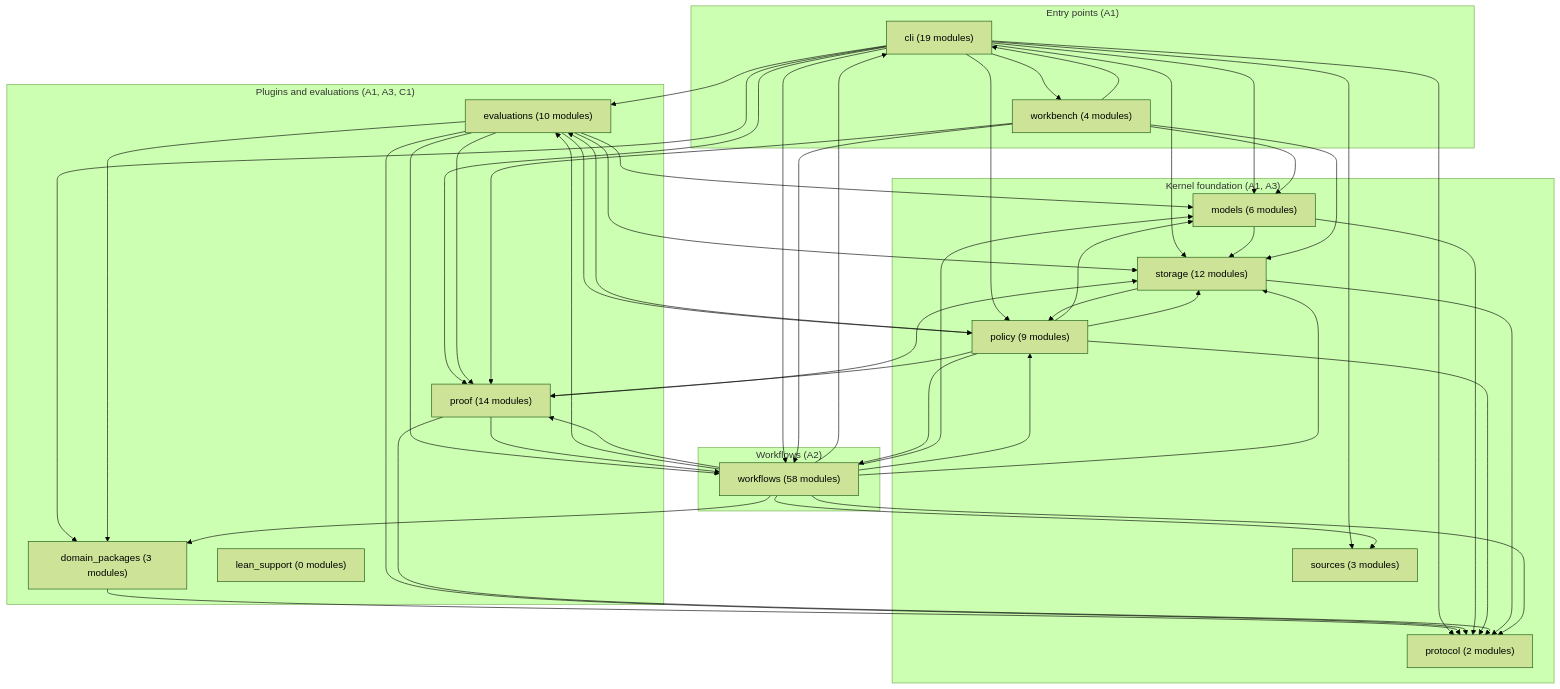
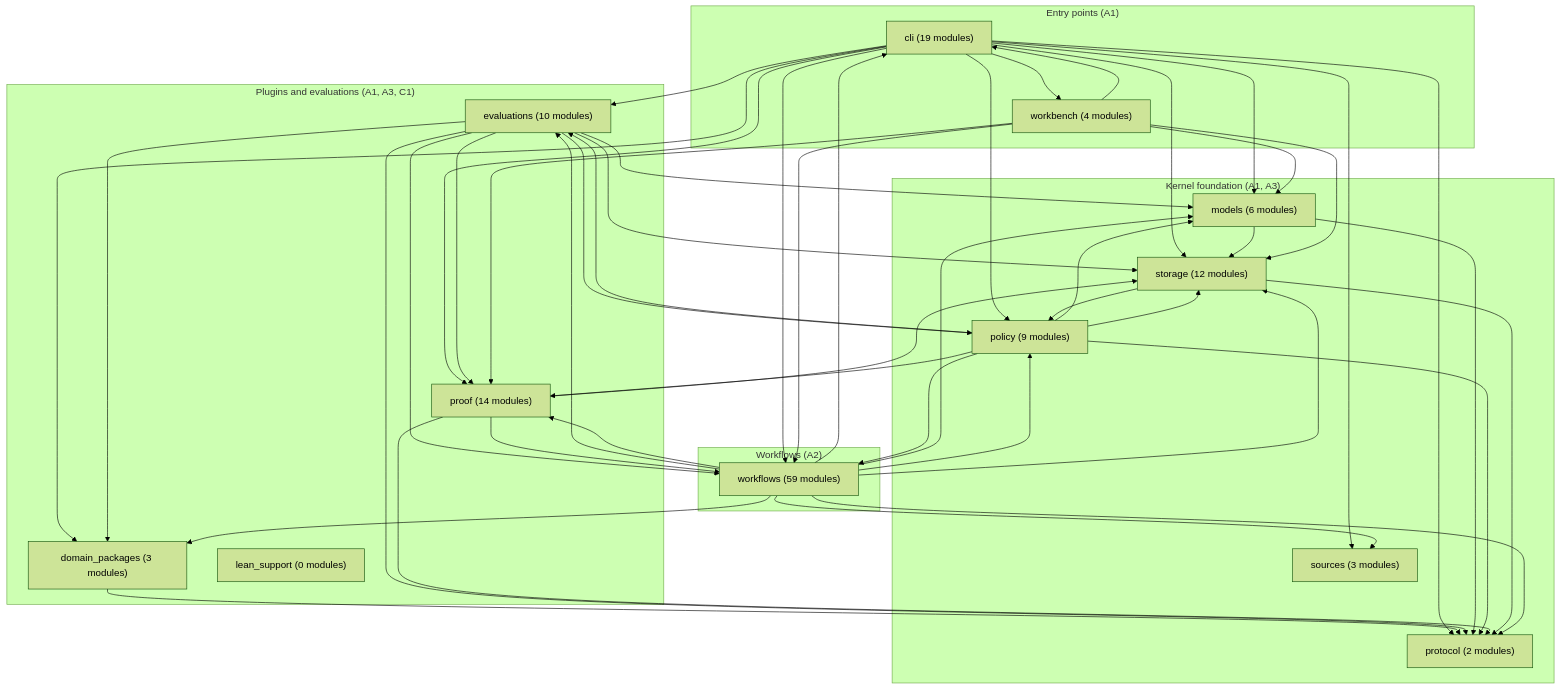
One commit to SAFuDarren/Trellin changed the diagram in docs/architecture-map.md. Above: the diagram before and after it, drawn with Mermaid (forest theme). The commit also changed other lines of this file and 23 other files, not shown here.

````diff
--- a/docs/architecture-map.md
+++ b/docs/architecture-map.md
@@ -14,68 +14,68 @@
 ```mermaid
 flowchart TD
     subgraph layer_entry["Entry points (A1)"]
         cli["cli (19 modules)"]
         workbench["workbench (4 modules)"]
     end
     subgraph layer_workflows["Workflows (A2)"]
-        workflows["workflows (58 modules)"]
+        workflows["workflows (59 modules)"]
     end
     subgraph layer_kernel["Kernel foundation (A1, A3)"]
         models["models (6 modules)"]
         policy["policy (9 modules)"]
         protocol["protocol (2 modules)"]
         sources["sources (3 modules)"]
         storage["storage (12 modules)"]
     end
     subgraph layer_plugin["Plugins and evaluations (A1, A3, C1)"]
         domain_packages["domain_packages (3 modules)"]
         evaluations["evaluations (10 modules)"]
         lean_support["lean_support (0 modules)"]
         proof["proof (14 modules)"]
     end
     cli --> domain_packages
     cli --> evaluations
     cli --> models
     cli --> policy
     cli --> proof
     cli --> protocol
     cli --> sources
     cli --> storage
     cli --> workbench
     cli --> workflows
     domain_packages --> protocol
     evaluations --> domain_packages
     evaluations --> models
     evaluations --> policy
     evaluations --> proof
     evaluations --> protocol
     evaluations --> storage
     evaluations --> workflows
     models --> protocol
     models --> storage
     policy --> evaluations
     policy --> models
     policy --> proof
     policy --> protocol
     policy --> storage
     policy --> workflows
     proof --> protocol
     proof --> storage
     proof --> workflows
     storage --> policy
     storage --> protocol
     workbench --> cli
     workbench --> models
     workbench --> proof
     workbench --> storage
     workbench --> workflows
     workflows --> cli
     workflows --> domain_packages
     workflows --> evaluations
     workflows --> models
     workflows --> policy
     workflows --> proof
     workflows --> protocol
     workflows --> sources
     workflows --> storage
 ```
````
